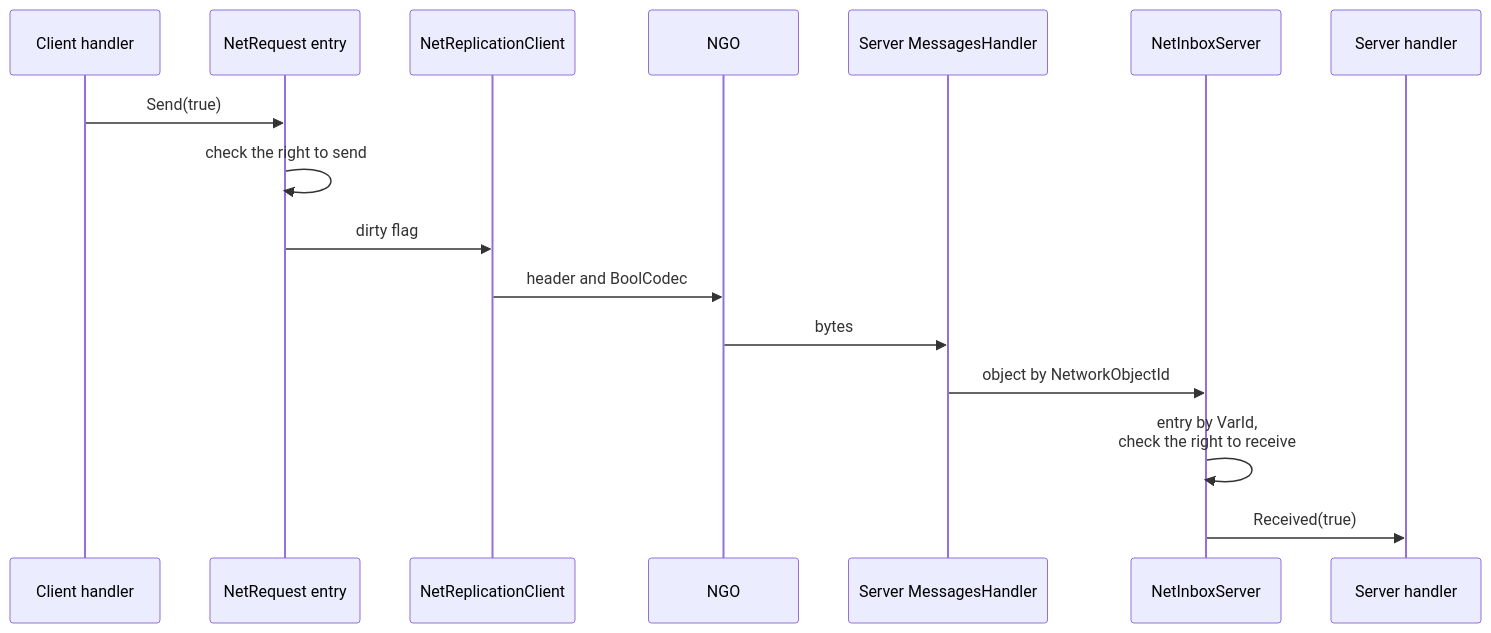
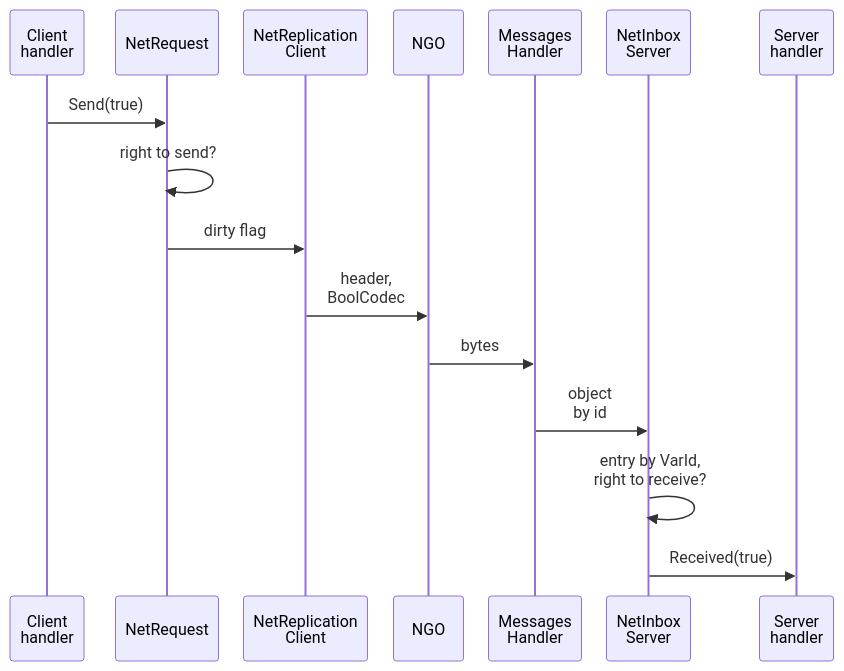
The third of 8 diagrams in README.md (pndte/match-please), drawn with Mermaid before and after one commit. The commit also changed other lines of this file, not shown here.

````diff
--- a/README.md
+++ b/README.md
@@ -368,18 +374,24 @@
 ```mermaid
+---
+config:
+  sequence:
+    width: 70
+    actorMargin: 25
+---
 sequenceDiagram
-    participant H as Client handler
-    participant E as NetRequest entry
-    participant R as NetReplicationClient
+    participant H as Client<br/>handler
+    participant E as NetRequest
+    participant R as NetReplication<br/>Client
     participant N as NGO
-    participant M as Server MessagesHandler
-    participant I as NetInboxServer
-    participant S as Server handler
+    participant M as Messages<br/>Handler
+    participant I as NetInbox<br/>Server
+    participant S as Server<br/>handler
     H->>E: Send(true)
-    E->>E: check the right to send
+    E->>E: right to send?
     E->>R: dirty flag
-    R->>N: header and BoolCodec
+    R->>N: header,<br/>BoolCodec
     N->>M: bytes
-    M->>I: object by NetworkObjectId
-    I->>I: entry by VarId,<br/>check the right to receive
+    M->>I: object<br/>by id
+    I->>I: entry by VarId,<br/>right to receive?
     I->>S: Received(true)
 ```
````
